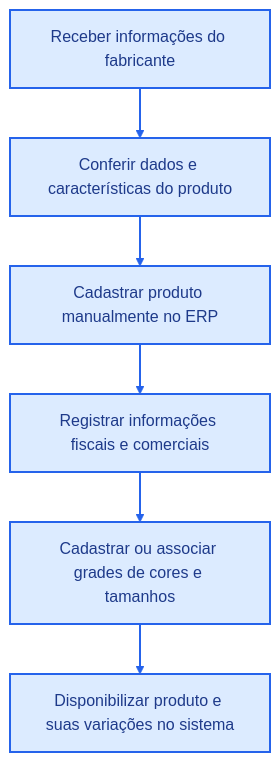
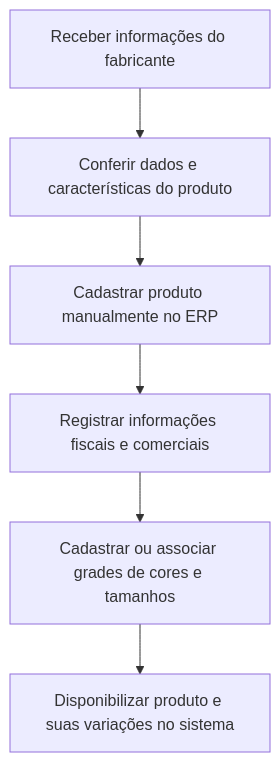
The first of 16 diagrams in README.md (SamanthaPaula/Modelagem_BD_Ansarah), drawn with Mermaid before and after one commit.

````diff
--- a/README.md
+++ b/README.md
@@ -102,13 +102,11 @@
 ```mermaid
 
 flowchart TD
     A["Receber informações do fabricante"] --> B["Conferir dados e características do produto"]
     B --> C["Cadastrar produto manualmente no ERP"]
     C --> D["Registrar informações fiscais e comerciais"]
     D --> E["Cadastrar ou associar grades de cores e tamanhos"]
     E --> F["Disponibilizar produto e suas variações no sistema"]
 
-    classDef azul fill:#DCEBFF,stroke:#2563EB,color:#1E3A8A,stroke-width:2px
-    class A,B,C,D,E,F azul
-    linkStyle default stroke:#2563EB,stroke-width:2px
+
 ```
````
